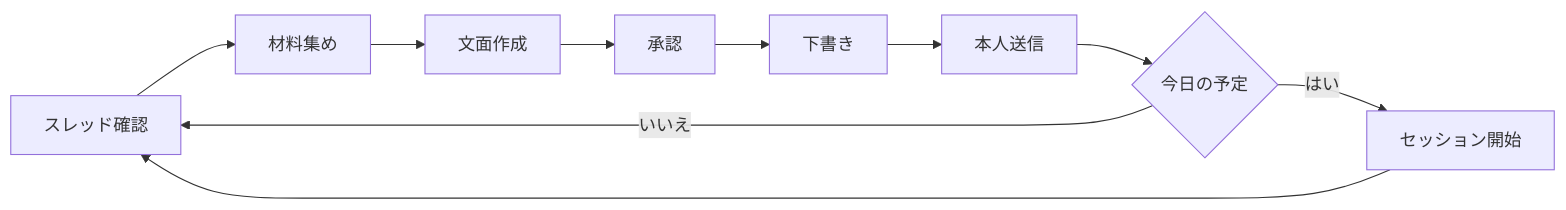
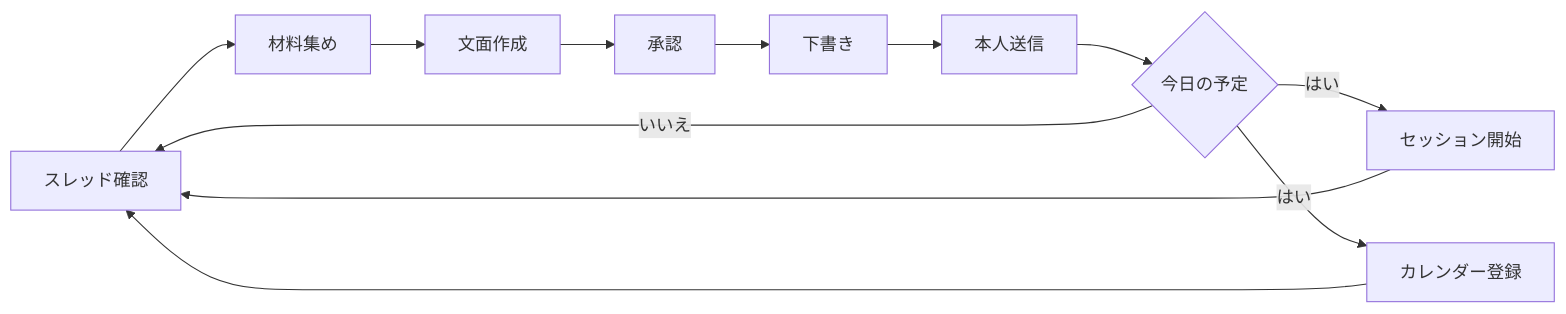
One commit to ac-nakamura-y/.claude changed the diagram in scheduled-tasks/do3-morning/SKILL.md. Above: the diagram before and after it, drawn with Mermaid. The commit also changed other lines of this file, not shown here.

First line of the commit message:
Have do3-morning fit the day's tasks into free calendar time and register their work time on the calendar (#42)

````diff
--- a/scheduled-tasks/do3-morning/SKILL.md
+++ b/scheduled-tasks/do3-morning/SKILL.md
@@ -16,12 +16,14 @@
 ```mermaid
 flowchart LR
   readThread[スレッド確認] --> gather[材料集め]
   gather --> writeText[文面作成]
   writeText --> approve[承認]
   approve --> placeDraft[下書き]
   placeDraft --> userSend[本人送信]
   userSend --> isToday{今日の予定}
   isToday -->|はい| kickoff[セッション開始]
+  isToday -->|はい| calendar[カレンダー登録]
   isToday -->|いいえ| readThread
   kickoff --> readThread
+  calendar --> readThread
 ```
````
